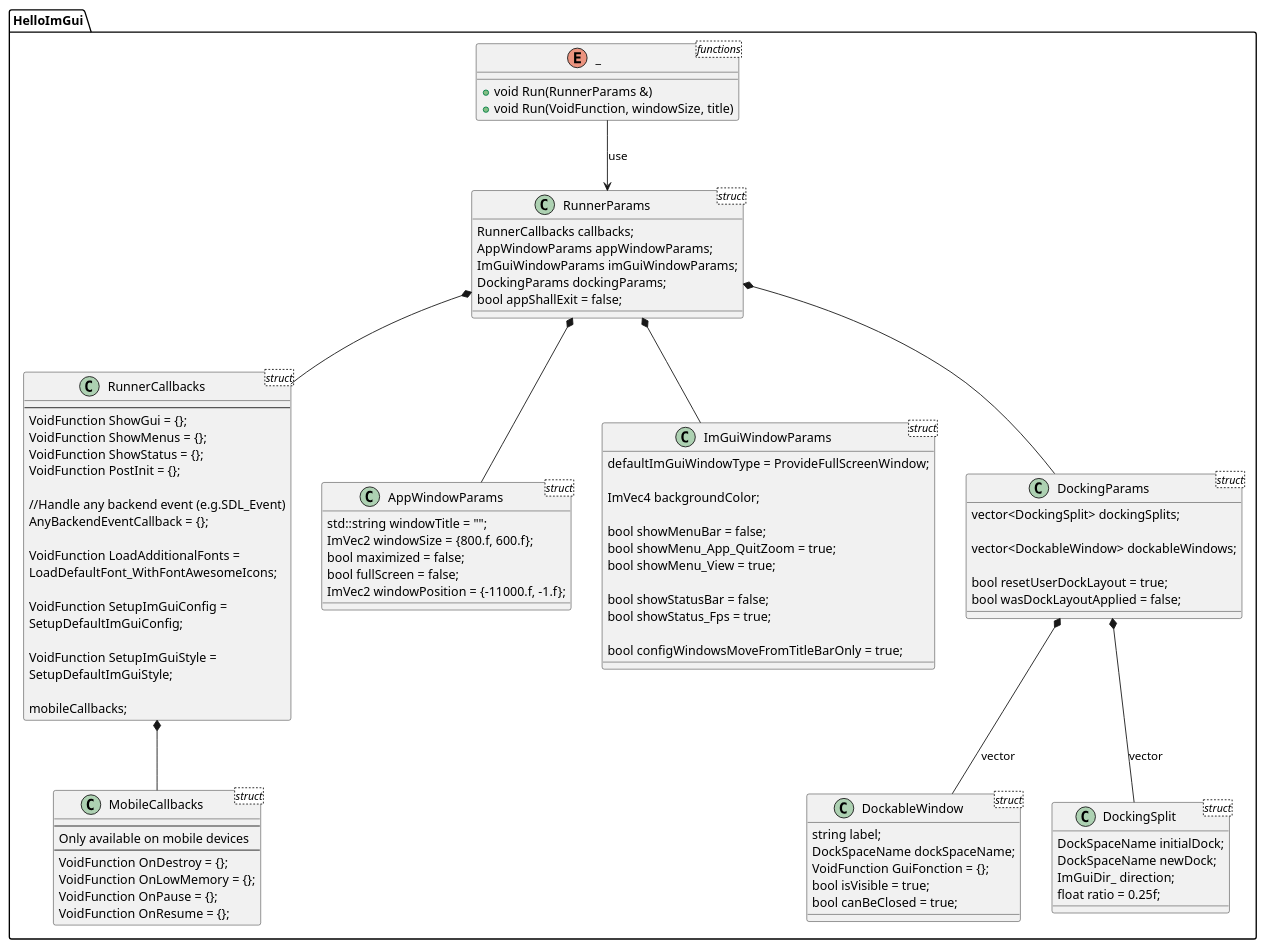
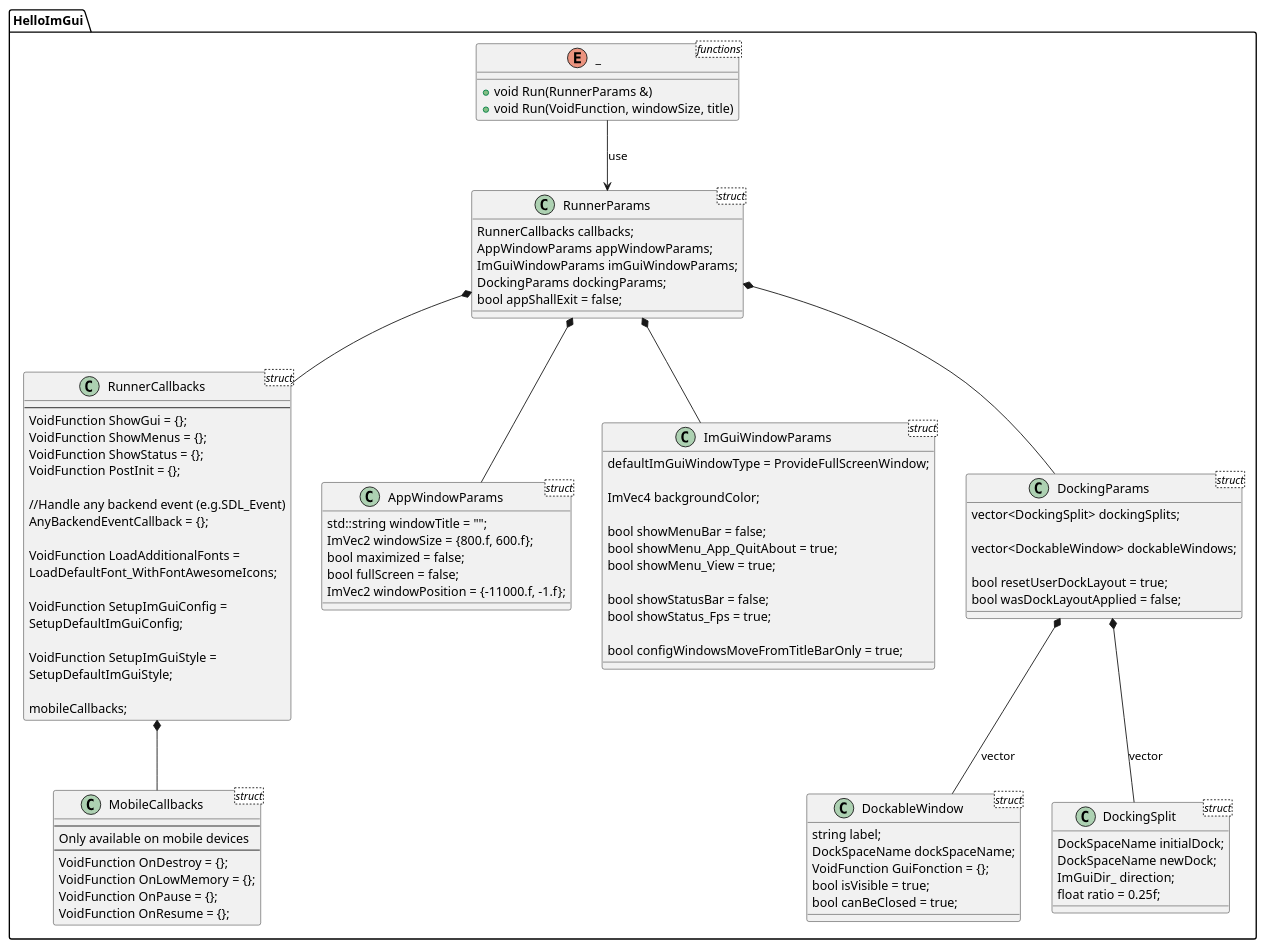
One commit to pthom/hello_imgui changed the diagram in src/hello_imgui/doc_src/hello_imgui_diagram.puml. Above: the diagram before and after it, drawn with PlantUML. The commit also changed 6 other files, not shown here.

Commit message:
Put zoom menu items in View menu

```diff
--- a/src/hello_imgui/doc_src/hello_imgui_diagram.puml
+++ b/src/hello_imgui/doc_src/hello_imgui_diagram.puml
@@ -1,108 +1,108 @@
 @startuml
 namespace HelloImGui {
 
 enum _ <functions>{
     + void Run(RunnerParams &)
     + void Run(VoidFunction, windowSize, title)
 }
 
 _ --> RunnerParams: use
 
 class RunnerParams <struct> {
     RunnerCallbacks callbacks;
     AppWindowParams appWindowParams;
     ImGuiWindowParams imGuiWindowParams;
     DockingParams dockingParams;
     bool appShallExit = false;
 }
 
 class RunnerCallbacks <struct> {
     ---
     VoidFunction ShowGui = {};
     VoidFunction ShowMenus = {};
     VoidFunction ShowStatus = {};
     VoidFunction PostInit = {};
 
     //Handle any backend event (e.g.SDL_Event)
     AnyBackendEventCallback = {};
 
     VoidFunction LoadAdditionalFonts =
        LoadDefaultFont_WithFontAwesomeIcons;
 
     VoidFunction SetupImGuiConfig = 
       SetupDefaultImGuiConfig;
 
     VoidFunction SetupImGuiStyle = 
       SetupDefaultImGuiStyle;
 
     mobileCallbacks;
 }
 
 class MobileCallbacks <struct>{
     ---
     Only available on mobile devices
     ---
     VoidFunction OnDestroy = {};
     VoidFunction OnLowMemory = {};
     VoidFunction OnPause = {};
     VoidFunction OnResume = {};
 }
 RunnerCallbacks *-- MobileCallbacks
 
 class AppWindowParams <struct> {
     std::string windowTitle = "";
     ImVec2 windowSize = {800.f, 600.f};
     bool maximized = false;
     bool fullScreen = false;
     ImVec2 windowPosition = {-11000.f, -1.f};
 }
 
 class ImGuiWindowParams <struct> {
     defaultImGuiWindowType = ProvideFullScreenWindow;
 
     ImVec4 backgroundColor;
 
     bool showMenuBar = false;
-    bool showMenu_App_QuitZoom = true;
+    bool showMenu_App_QuitAbout = true;
     bool showMenu_View = true;
 
     bool showStatusBar = false;
     bool showStatus_Fps = true;
 
     bool configWindowsMoveFromTitleBarOnly = true;
 }
 
 class DockingParams <struct> {
     vector<DockingSplit> dockingSplits;
 
     vector<DockableWindow> dockableWindows;
 
     bool resetUserDockLayout = true;
     bool wasDockLayoutApplied = false;
 }
 
 class DockableWindow <struct> {
     string label;
     DockSpaceName dockSpaceName;
     VoidFunction GuiFonction = {};
     bool isVisible = true;
     bool canBeClosed = true;
 }
 
 class DockingSplit <struct> {
     DockSpaceName initialDock;
     DockSpaceName newDock;
     ImGuiDir_ direction;
     float ratio = 0.25f;
 }
 
 
 RunnerParams *-- RunnerCallbacks
 RunnerParams *-- AppWindowParams
 RunnerParams *-- ImGuiWindowParams
 RunnerParams *-- DockingParams
 DockingParams *-- DockableWindow : vector
 DockingParams *-- DockingSplit : vector
 
 }
 @enduml
```
